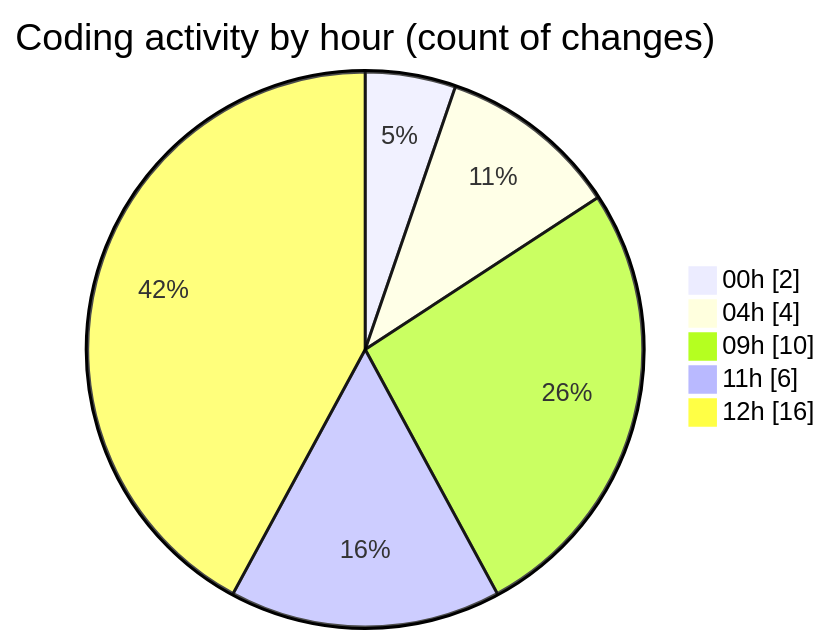
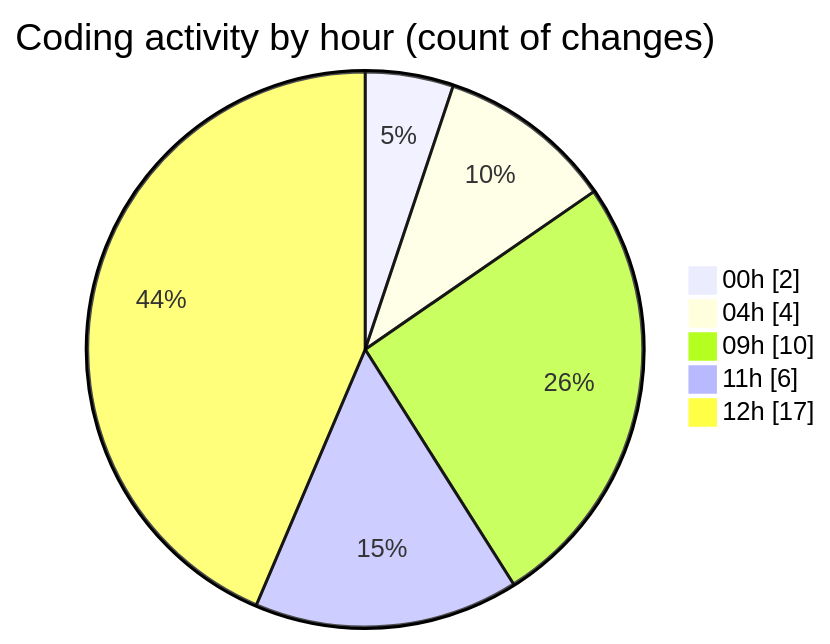
The second of 2 diagrams in 2025-10-28/eventscop-frontend-guide__workspace_/README.md (julien-gomy/code-tracking), drawn with Mermaid before and after one commit. The commit also changed other lines of this file and 1 other file, not shown here.

````diff
--- a/2025-10-28/eventscop-frontend-guide__workspace_/README.md
+++ b/2025-10-28/eventscop-frontend-guide__workspace_/README.md
@@ -40,9 +40,9 @@
 ```mermaid
 pie showData
 title Coding activity by hour (count of changes)
 "00h" : 2
 "04h" : 4
 "09h" : 10
 "11h" : 6
-"12h" : 16
+"12h" : 17
 ```
````
